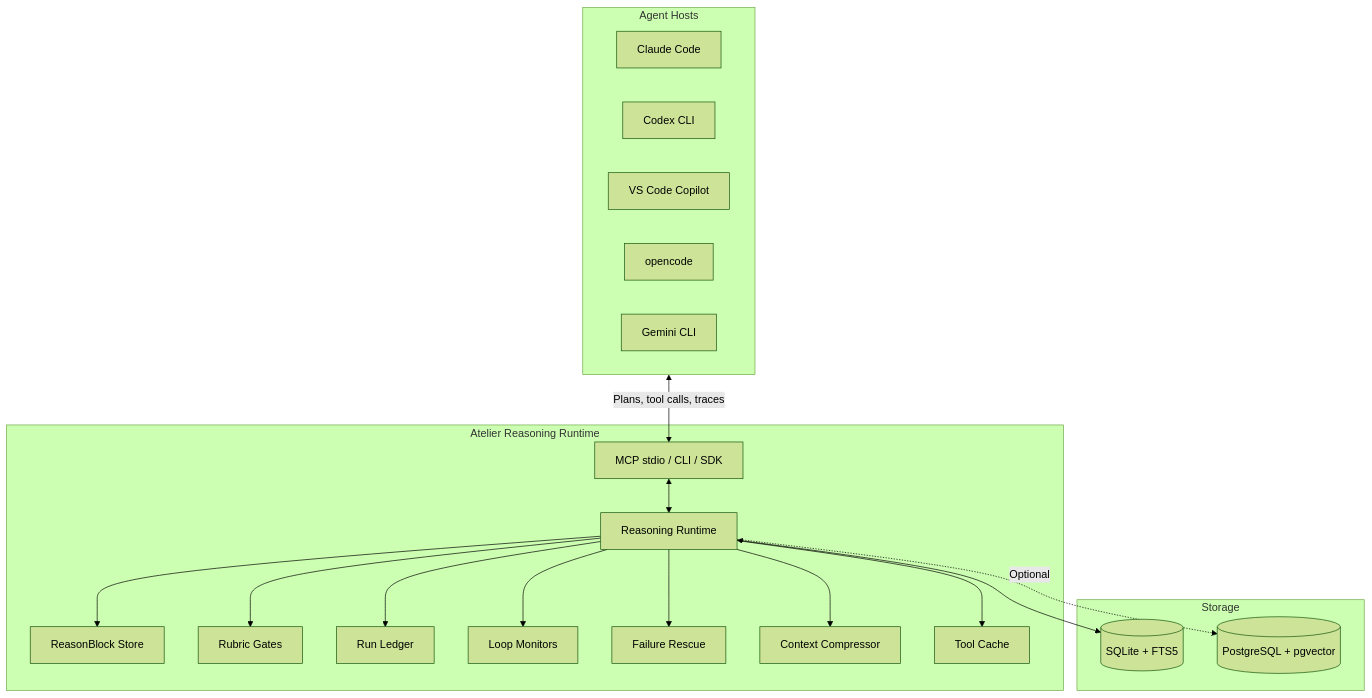
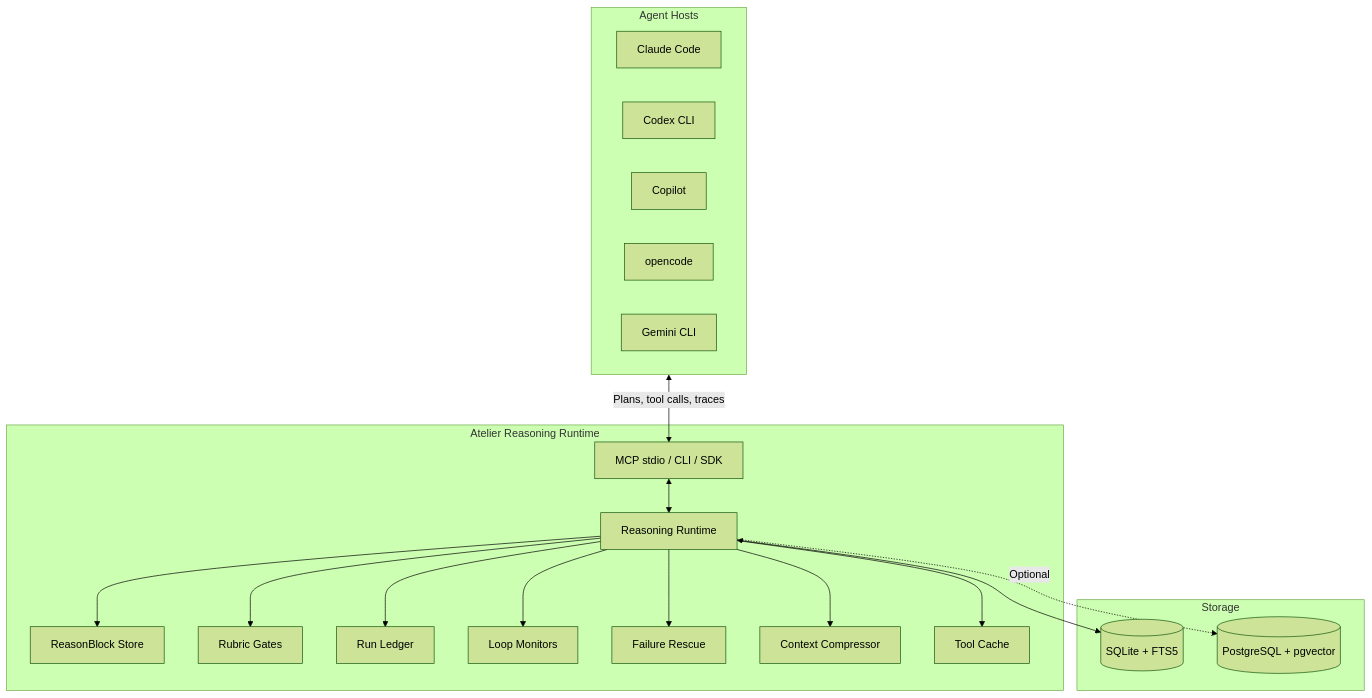
Before and after one commit to atelier-ws/atelier: the diagram in docs/architecture/runtime.md, drawn with Mermaid (forest theme). The commit also changed other lines of this file and 183 other files, not shown here.

````diff
--- a/docs/architecture/runtime.md
+++ b/docs/architecture/runtime.md
@@ -7,40 +7,40 @@
 ```mermaid
 flowchart TD
     subgraph Hosts ["Agent Hosts"]
         claude[Claude Code]
         codex[Codex CLI]
-        copilot[VS Code Copilot]
+        copilot[Copilot]
         opencode[opencode]
         gemini[Gemini CLI]
     end
 
     subgraph Atelier ["Atelier Reasoning Runtime"]
         mcp[MCP stdio / CLI / SDK]
         runtime[Reasoning Runtime]
         blocks[ReasonBlock Store]
         rubrics[Rubric Gates]
         ledger[Run Ledger]
         monitors[Loop Monitors]
         rescue[Failure Rescue]
         compressor[Context Compressor]
         cache[Tool Cache]
 
         mcp <--> runtime
         runtime --> blocks
         runtime --> rubrics
         runtime --> ledger
         runtime --> monitors
         runtime --> rescue
         runtime --> compressor
         runtime --> cache
     end
 
     subgraph Storage ["Storage"]
         sqlite[(SQLite + FTS5)]
         postgres[(PostgreSQL + pgvector)]
     end
 
     Hosts <-->|"Plans, tool calls, traces"| mcp
     runtime <--> sqlite
     runtime -.->|"Optional"| postgres
 ```
````
